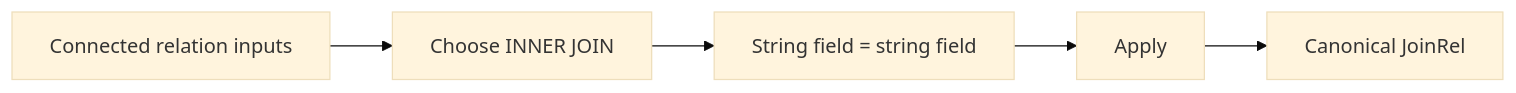
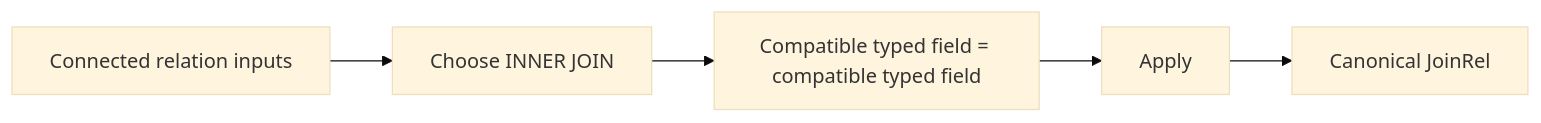
Before and after one commit to dunay2/dvt: the second of 5 diagrams in docs/planning/proposals/mandatory/frontend-and-ux/relational-composition-lab-20260916.md, drawn with Mermaid (base theme). The commit also changed other lines of this file, not shown here.

Commit message:
docs(docs): Define typed initial JOIN admission

````diff
--- a/docs/planning/proposals/mandatory/frontend-and-ux/relational-composition-lab-20260916.md
+++ b/docs/planning/proposals/mandatory/frontend-and-ux/relational-composition-lab-20260916.md
@@ -103,7 +104,7 @@
 ```mermaid
 flowchart LR
     I[Connected relation inputs] --> O[Choose INNER JOIN]
-    O --> F[String field = string field]
+    O --> F[Compatible typed field = compatible typed field]
     F --> A[Apply]
     A --> C[Canonical JoinRel]
 ```
````
